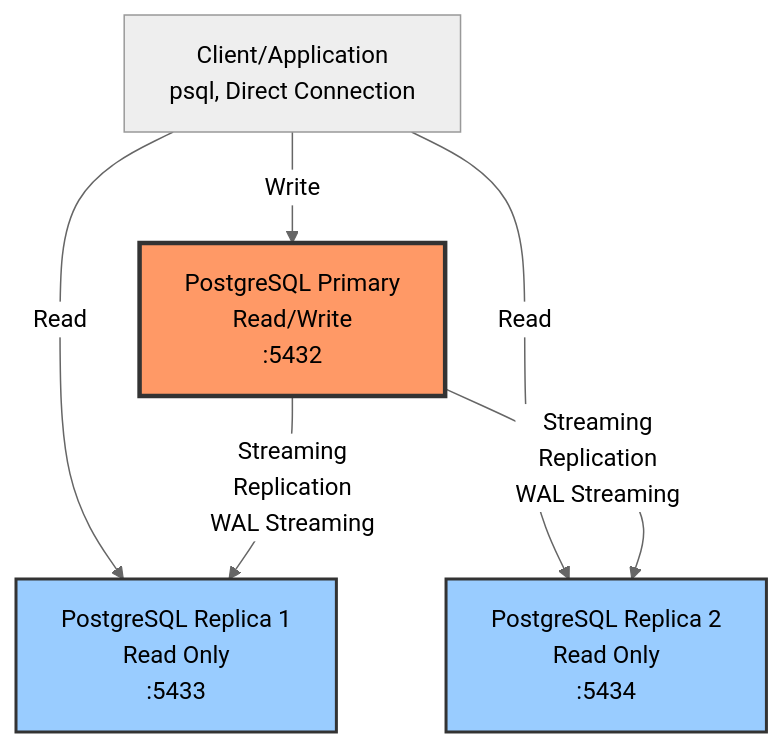
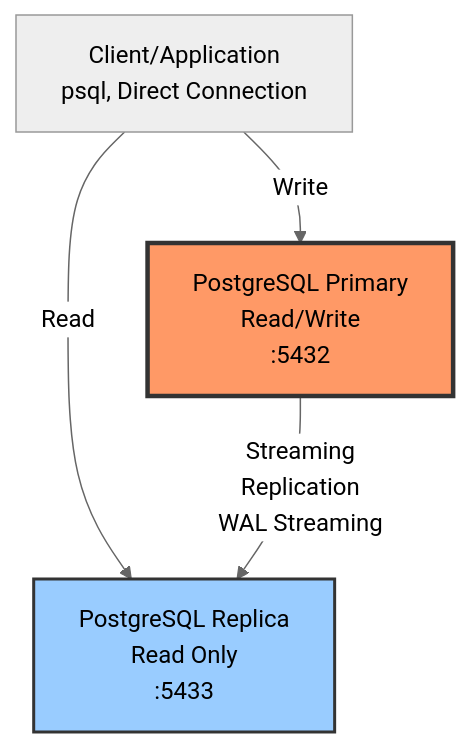
Before and after one commit to endymuhardin/training-sre-junior-2025-02: the diagram in belajar-ha/demo-2-stateful-ha/README.md, drawn with Mermaid (neutral theme). The commit also changed 1 other file, not shown here.

Commit message:
Update diagram Demo 2: hapus Replica2, hanya Primary + Replica
Perubahan arsitektur Demo 2:
- Hapus PostgreSQL Replica 2 dari diagram
- Sekarang hanya Primary (:5432) + Replica (:5433)
- Simplifikasi nama: "Replica 1" → "Replica"
- Update di parent README dan demo-2-stateful-ha README
- Text deskripsi tetap generic (tidak spesifik jumlah replica)

🤖 Generated with [Claude Code](https://claude.com/claude-code)

````diff
--- a/belajar-ha/demo-2-stateful-ha/README.md
+++ b/belajar-ha/demo-2-stateful-ha/README.md
@@ -9,19 +9,15 @@
 ```mermaid
 graph TB
     Client[Client/Application<br/>psql, Direct Connection]
 
     Primary[PostgreSQL Primary<br/>Read/Write<br/>:5432]
-    Replica1[PostgreSQL Replica 1<br/>Read Only<br/>:5433]
-    Replica2[PostgreSQL Replica 2<br/>Read Only<br/>:5434]
+    Replica1[PostgreSQL Replica<br/>Read Only<br/>:5433]
 
     Client -->|Write| Primary
     Client -->|Read| Replica1
-    Client -->|Read| Replica2
 
     Primary -->|Streaming<br/>Replication<br/>WAL Streaming| Replica1
-    Primary -->|Streaming<br/>Replication<br/>WAL Streaming| Replica2
 
     style Primary fill:#f96,stroke:#333,stroke-width:3px,color:#000
     style Replica1 fill:#9cf,stroke:#333,stroke-width:2px,color:#000
-    style Replica2 fill:#9cf,stroke:#333,stroke-width:2px,color:#000
 ```
````
